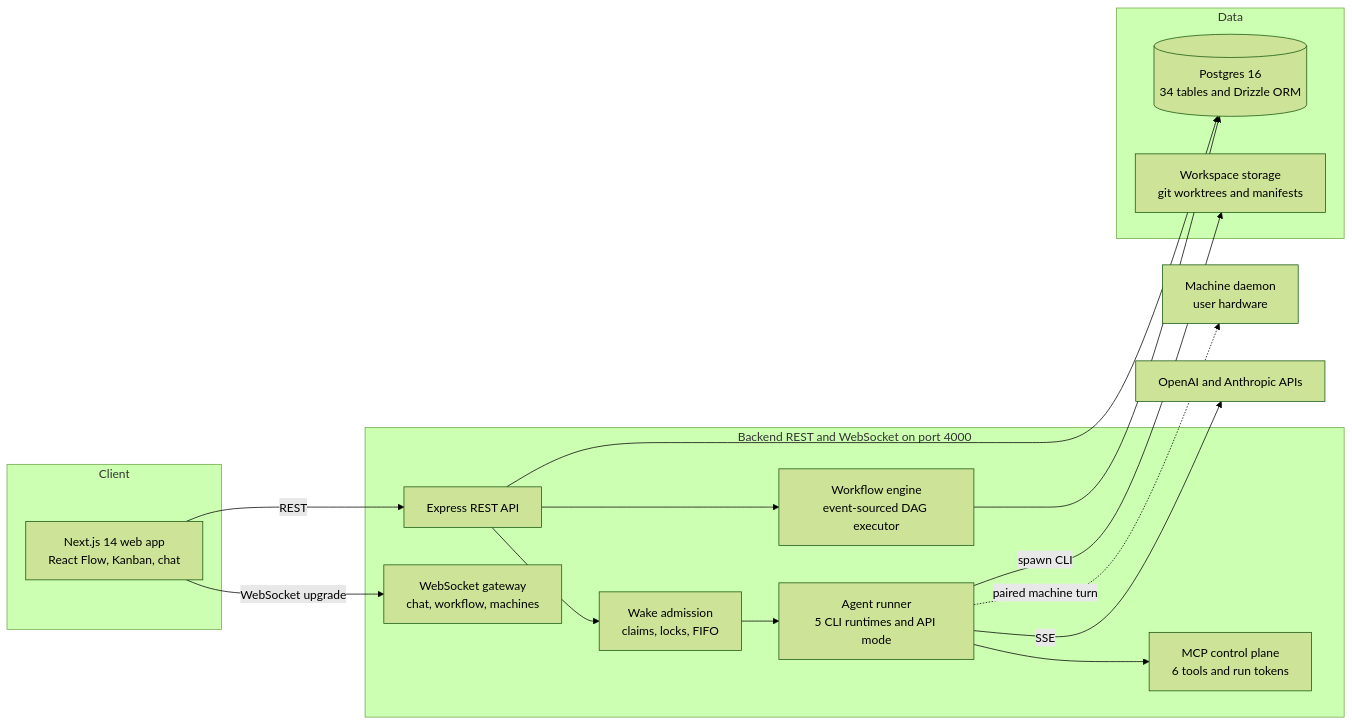
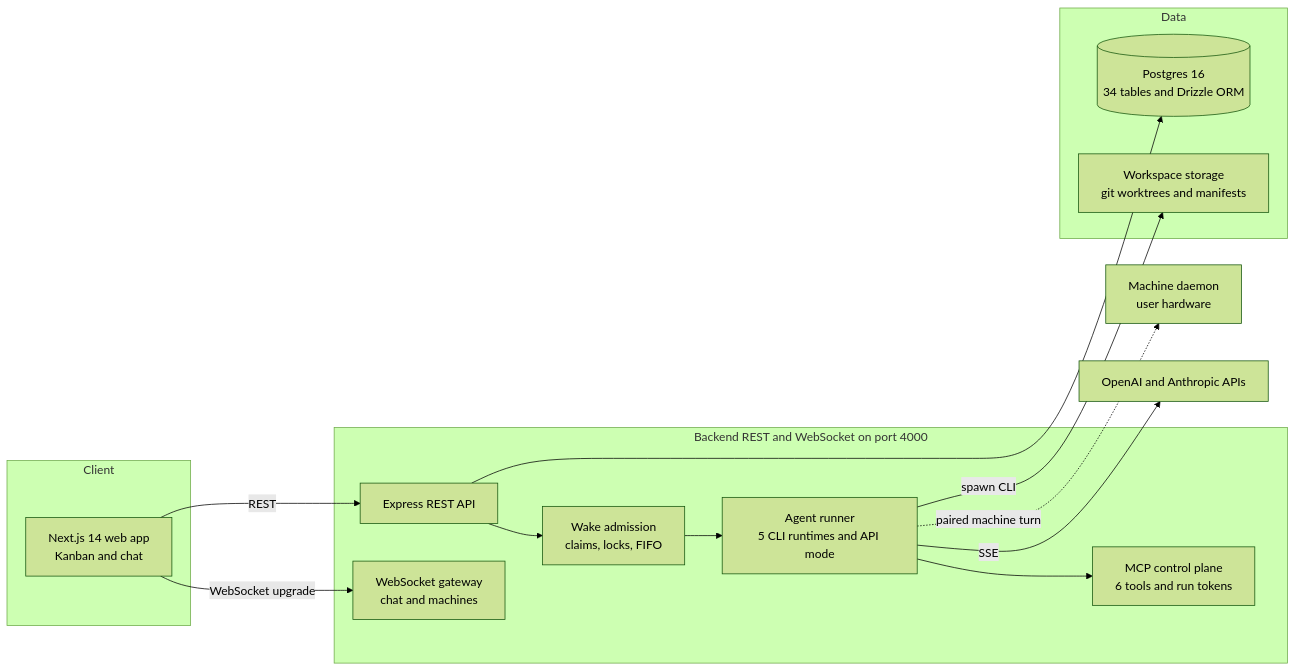
Before and after one commit to jeremychenczm/loxo: the diagram in README.md, drawn with Mermaid (forest theme). The commit also changed other lines of this file and 63 other files, not shown here.

````diff
--- a/README.md
+++ b/README.md
@@ -86,31 +79,28 @@
 ```mermaid
 flowchart LR
     subgraph Client
-        FE[Next.js 14 web app<br/>React Flow, Kanban, chat]
+        FE[Next.js 14 web app<br/>Kanban and chat]
     end
     subgraph Server[Backend REST and WebSocket on port 4000]
         API[Express REST API]
-        WS[WebSocket gateway<br/>chat, workflow, machines]
+        WS[WebSocket gateway<br/>chat and machines]
         WAKE[Wake admission<br/>claims, locks, FIFO]
-        ENGINE[Workflow engine<br/>event-sourced DAG executor]
         MCP[MCP control plane<br/>6 tools and run tokens]
         RUNNER[Agent runner<br/>5 CLI runtimes and API mode]
     end
     subgraph Data
         PG[(Postgres 16<br/>34 tables and Drizzle ORM)]
         FS[Workspace storage<br/>git worktrees and manifests]
     end
     DAEMON[Machine daemon<br/>user hardware]
     LLM[OpenAI and Anthropic APIs]
 
     FE -->|REST| API
     FE -->|WebSocket upgrade| WS
     API --> WAKE --> RUNNER
-    API --> ENGINE
     RUNNER --> MCP
     RUNNER -->|spawn CLI| FS
     RUNNER -->|SSE| LLM
-    ENGINE --> PG
     API --> PG
     RUNNER -.->|paired machine turn| DAEMON
 ```
````
